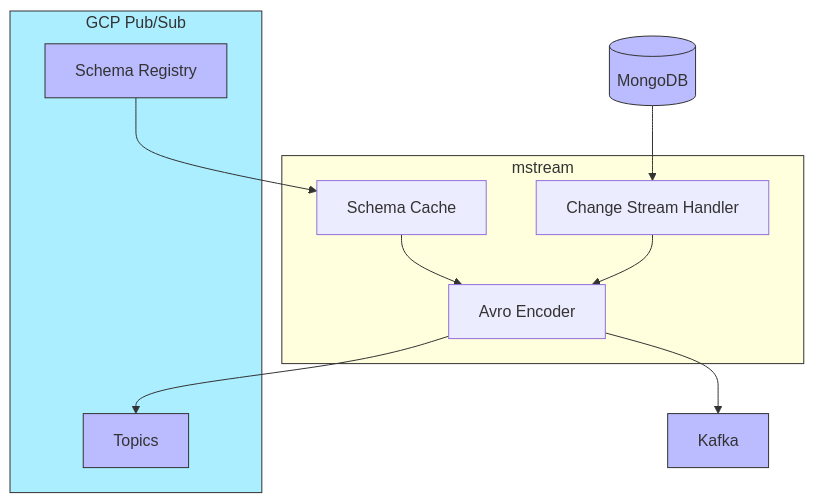
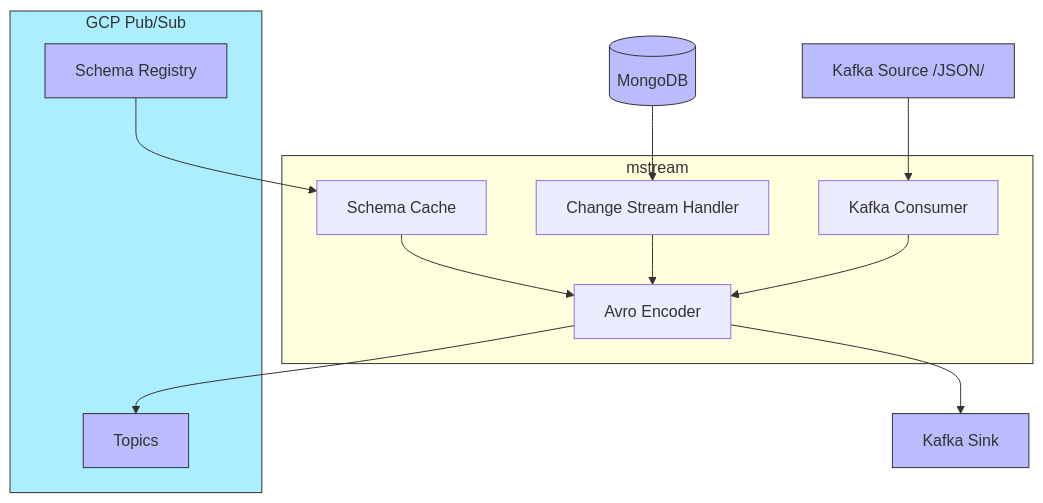
The diagram in README.md (makarski/mstream), drawn with Mermaid before and after one commit. The commit also changed other lines of this file and 18 other files, not shown here.

Commit message:
Add Kafka source support (JSON)

````diff
--- a/README.md
+++ b/README.md
@@ -10,30 +10,33 @@
 ```mermaid
 graph TB
     subgraph mstream[mstream]
         handler[Change Stream Handler]
+        kafka_consumer[Kafka Consumer]
         schema_cache[Schema Cache]
         encoder[Avro Encoder]
     end
 
     subgraph gcp[GCP Pub/Sub]
         schema_registry[Schema Registry]
         pubsub_topic[Topics]
     end
 
     mongodb[(MongoDB)] --> handler
+    kafka_source[Kafka Source /JSON/] --> kafka_consumer
     schema_registry --> schema_cache
 
     handler --> encoder
+    kafka_consumer --> encoder
     schema_cache --> encoder
 
     encoder --> pubsub_topic
-    encoder --> kafka[Kafka]
+    encoder --> kafka_sink[Kafka Sink]
 
     classDef primary fill:,stroke:#333,stroke-width:1px
     classDef secondary fill:#bbf,stroke:#333,stroke-width:1px
     classDef gcp fill:#aef,stroke:#333,stroke-width:1px
 
     class mstream primary
-    class mongodb,kafka,pubsub_topic,schema_registry secondary
+    class mongodb,kafka_source,kafka_sink,pubsub_topic,schema_registry secondary
     class gcp gcp
 ```
````
